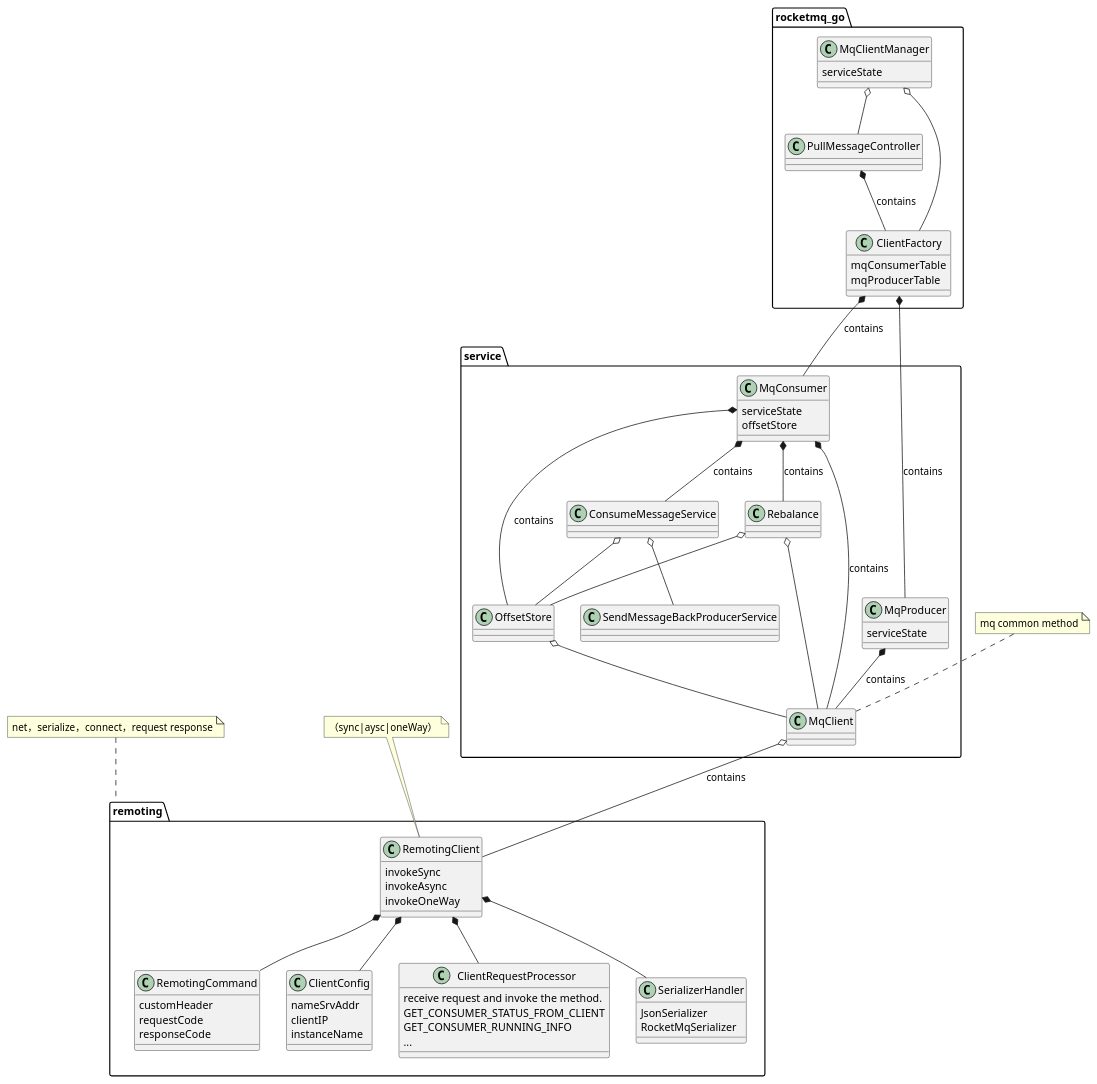
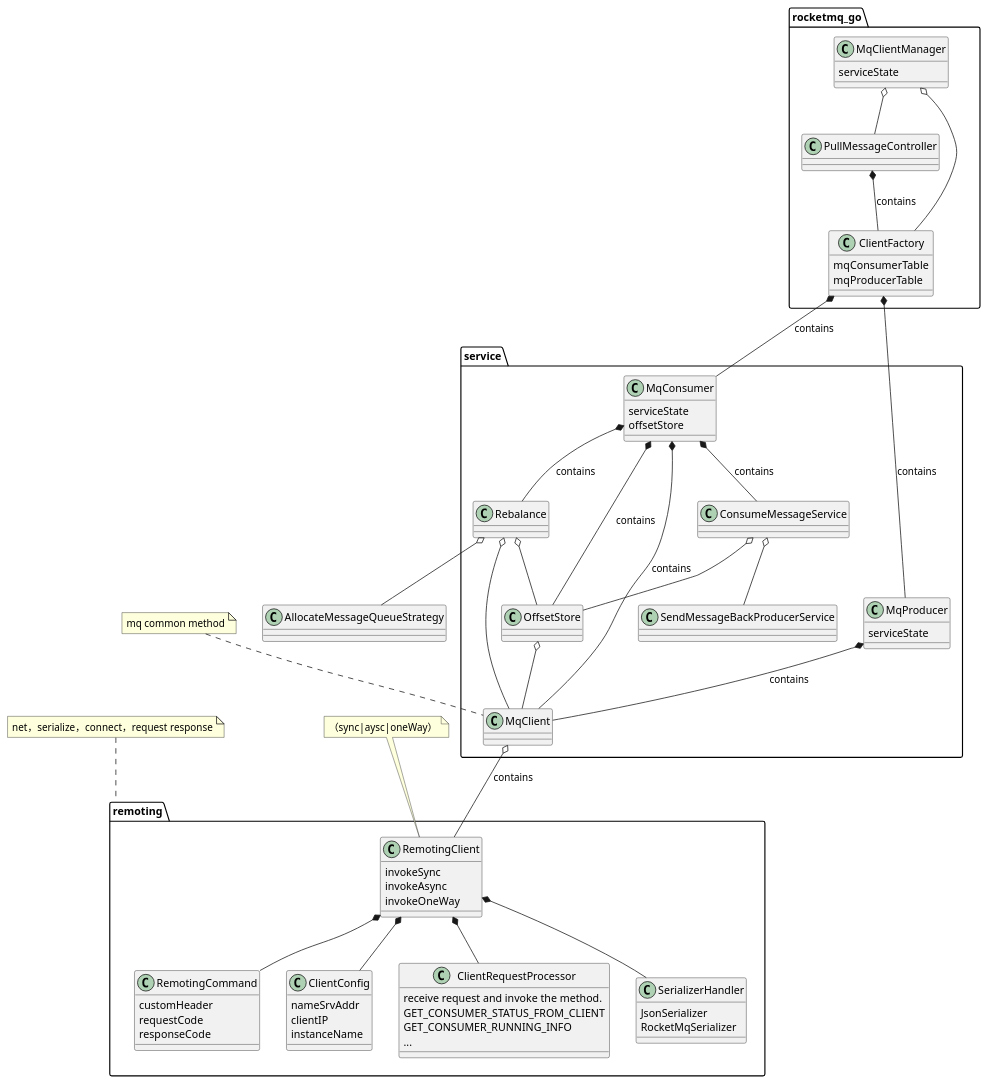
One commit to apache/rocketmq-externals changed the diagram in rocketmq-go/docs/package.puml. Above: the diagram before and after it, drawn with PlantUML. The commit also changed 4 other files, not shown here.

Commit message:
update rebalance-timing-diagram

```diff
--- a/rocketmq-go/docs/package.puml
+++ b/rocketmq-go/docs/package.puml
@@ -1,93 +1,96 @@
 @startuml
 
 
 class rocketmq_go.MqClientManager{
 serviceState
 }
 class rocketmq_go.PullMessageController{
 
+}
+class AllocateMessageQueueStrategy{
 }
 class rocketmq_go.ClientFactory{
 mqConsumerTable
 mqProducerTable
 }
 class service.MqConsumer{
 serviceState
 offsetStore
 }
 class service.MqProducer{
 serviceState
  }
  class service.MqClient{
 
 
  }
   class remoting.RemotingClient{
    invokeSync
    invokeAsync
    invokeOneWay
   }
  class remoting.RemotingCommand{
   customHeader
   requestCode
   responseCode
  }
   class remoting.ClientConfig{
    nameSrvAddr
    clientIP
    instanceName
   }
   class remoting.ClientRequestProcessor{
      receive request and invoke the method.
      GET_CONSUMER_STATUS_FROM_CLIENT
      GET_CONSUMER_RUNNING_INFO
      ...
     }
     class remoting.SerializerHandler{
        JsonSerializer
        RocketMqSerializer
     }
 
 
 namespace service{
 
 
 rocketmq_go.PullMessageController *-- rocketmq_go.ClientFactory:contains
 rocketmq_go.ClientFactory *-- MqProducer:contains
 rocketmq_go.ClientFactory *-- MqConsumer:contains
 MqProducer *-- service.MqClient :contains
 MqConsumer *-- service.MqClient : contains
 MqConsumer *-- service.OffsetStore : contains
 MqConsumer *-- service.Rebalance : contains
 MqConsumer *-- service.ConsumeMessageService : contains
 
 }
 
 namespace service{
     MqClient o-- remoting.RemotingClient:contains
     OffsetStore o-- MqClient
     Rebalance o-- MqClient
     Rebalance o-- OffsetStore
+    Rebalance o-- AllocateMessageQueueStrategy
     ConsumeMessageService o-- SendMessageBackProducerService
     ConsumeMessageService o-- OffsetStore
 }
 
 namespace remoting {
   RemotingClient  *-- RemotingCommand
   RemotingClient *-- ClientConfig
     RemotingClient  *-- ClientRequestProcessor
     RemotingClient *-- SerializerHandler
 
 
 }
 
 namespace rocketmq_go{
     MqClientManager o-- PullMessageController
     MqClientManager o-- ClientFactory
 }
 
 
 note top of remoting.RemotingClient :（sync|aysc|oneWay）
 note top of remoting :net，serialize，connect，request response
 note top of service.MqClient :mq common method
 @enduml
```
